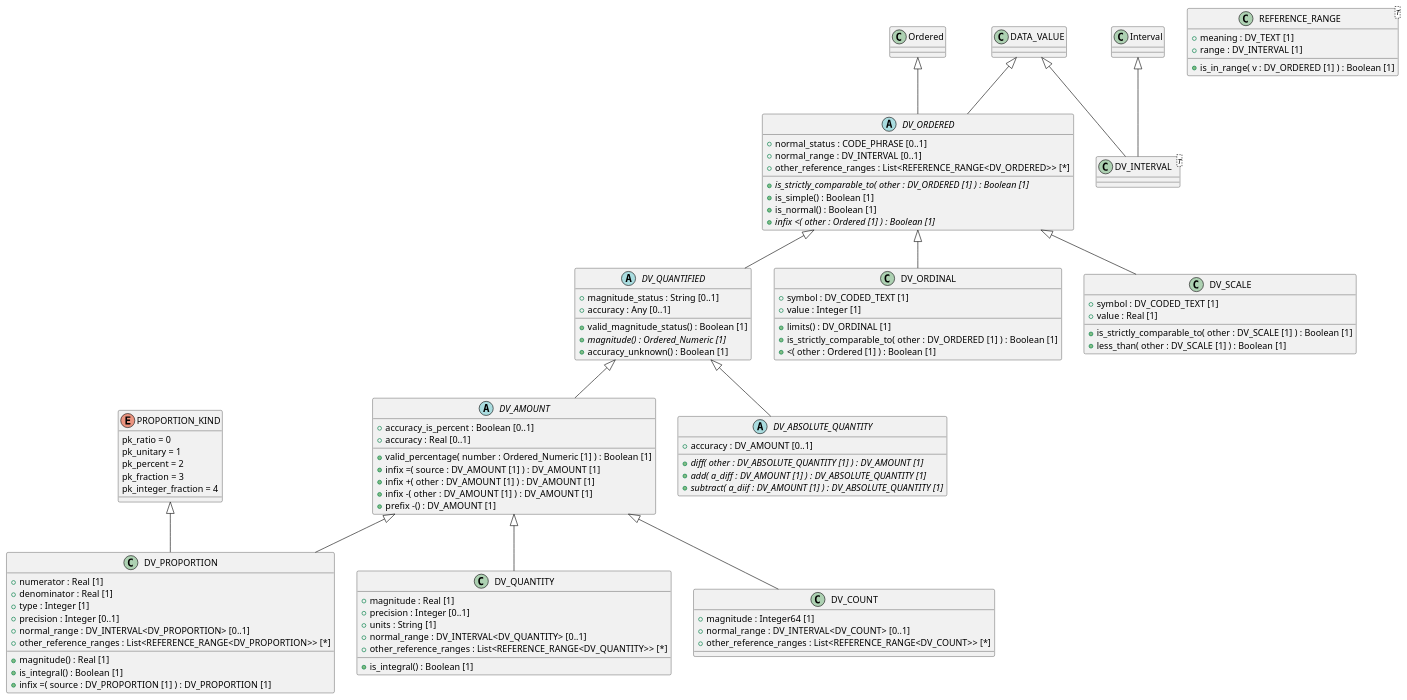
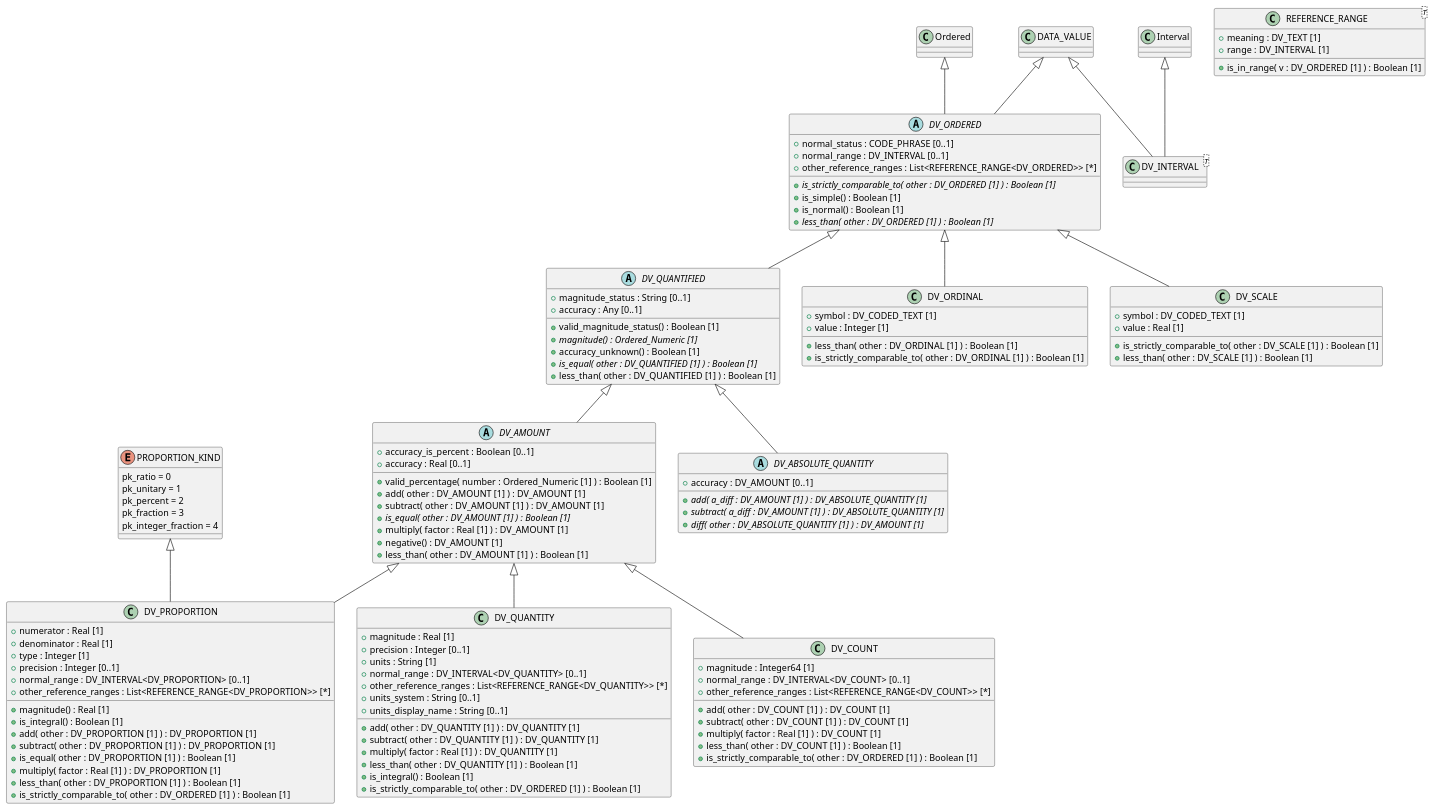
Before and after one commit to sebastian-iancu/code-generator: the diagram in code/Adoc/openehr_rm_1.1.0/plantUML/packages/org.openehr.rm.data_types.quantity.adoc, drawn with PlantUML. The commit also changed 719 other files, not shown here.

```diff
--- a/code/Adoc/openehr_rm_1.1.0/plantUML/packages/org.openehr.rm.data_types.quantity.adoc
+++ b/code/Adoc/openehr_rm_1.1.0/plantUML/packages/org.openehr.rm.data_types.quantity.adoc
@@ -9,7 +9,7 @@
   + {abstract} is_strictly_comparable_to( other : DV_ORDERED [1] ) : Boolean [1]
   + is_simple() : Boolean [1]
   + is_normal() : Boolean [1]
-  + {abstract} infix <( other : Ordered [1] ) : Boolean [1]
+  + {abstract} less_than( other : DV_ORDERED [1] ) : Boolean [1]
 }
 
 class DV_INTERVAL <T> {
@@ -27,6 +27,8 @@
   + valid_magnitude_status() : Boolean [1]
   + {abstract} magnitude() : Ordered_Numeric [1]
   + accuracy_unknown() : Boolean [1]
+  + {abstract} is_equal( other : DV_QUANTIFIED [1] ) : Boolean [1]
+  + less_than( other : DV_QUANTIFIED [1] ) : Boolean [1]
 }
 
 class DV_PROPORTION {
@@ -38,7 +40,12 @@
   + other_reference_ranges : List<REFERENCE_RANGE<DV_PROPORTION>> [*]
   + magnitude() : Real [1]
   + is_integral() : Boolean [1]
-  + infix =( source : DV_PROPORTION [1] ) : DV_PROPORTION [1]
+  + add( other : DV_PROPORTION [1] ) : DV_PROPORTION [1]
+  + subtract( other : DV_PROPORTION [1] ) : DV_PROPORTION [1]
+  + is_equal( other : DV_PROPORTION [1] ) : Boolean [1]
+  + multiply( factor : Real [1] ) : DV_PROPORTION [1]
+  + less_than( other : DV_PROPORTION [1] ) : Boolean [1]
+  + is_strictly_comparable_to( other : DV_ORDERED [1] ) : Boolean [1]
 }
 
 enum PROPORTION_KIND {
@@ -53,10 +60,12 @@
   + accuracy_is_percent : Boolean [0..1]
   + accuracy : Real [0..1]
   + valid_percentage( number : Ordered_Numeric [1] ) : Boolean [1]
-  + infix =( source : DV_AMOUNT [1] ) : DV_AMOUNT [1]
-  + infix +( other : DV_AMOUNT [1] ) : DV_AMOUNT [1]
-  + infix -( other : DV_AMOUNT [1] ) : DV_AMOUNT [1]
-  + prefix -() : DV_AMOUNT [1]
+  + add( other : DV_AMOUNT [1] ) : DV_AMOUNT [1]
+  + subtract( other : DV_AMOUNT [1] ) : DV_AMOUNT [1]
+  + {abstract} is_equal( other : DV_AMOUNT [1] ) : Boolean [1]
+  + multiply( factor : Real [1] ) : DV_AMOUNT [1]
+  + negative() : DV_AMOUNT [1]
+  + less_than( other : DV_AMOUNT [1] ) : Boolean [1]
 }
 
 class DV_QUANTITY {
@@ -65,28 +74,39 @@
   + units : String [1]
   + normal_range : DV_INTERVAL<DV_QUANTITY> [0..1]
   + other_reference_ranges : List<REFERENCE_RANGE<DV_QUANTITY>> [*]
+  + units_system : String [0..1]
+  + units_display_name : String [0..1]
+  + add( other : DV_QUANTITY [1] ) : DV_QUANTITY [1]
+  + subtract( other : DV_QUANTITY [1] ) : DV_QUANTITY [1]
+  + multiply( factor : Real [1] ) : DV_QUANTITY [1]
+  + less_than( other : DV_QUANTITY [1] ) : Boolean [1]
   + is_integral() : Boolean [1]
+  + is_strictly_comparable_to( other : DV_ORDERED [1] ) : Boolean [1]
 }
 
 class DV_COUNT {
   + magnitude : Integer64 [1]
   + normal_range : DV_INTERVAL<DV_COUNT> [0..1]
   + other_reference_ranges : List<REFERENCE_RANGE<DV_COUNT>> [*]
+  + add( other : DV_COUNT [1] ) : DV_COUNT [1]
+  + subtract( other : DV_COUNT [1] ) : DV_COUNT [1]
+  + multiply( factor : Real [1] ) : DV_COUNT [1]
+  + less_than( other : DV_COUNT [1] ) : Boolean [1]
+  + is_strictly_comparable_to( other : DV_ORDERED [1] ) : Boolean [1]
 }
 
 abstract class DV_ABSOLUTE_QUANTITY {
   + accuracy : DV_AMOUNT [0..1]
+  + {abstract} add( a_diff : DV_AMOUNT [1] ) : DV_ABSOLUTE_QUANTITY [1]
+  + {abstract} subtract( a_diff : DV_AMOUNT [1] ) : DV_ABSOLUTE_QUANTITY [1]
   + {abstract} diff( other : DV_ABSOLUTE_QUANTITY [1] ) : DV_AMOUNT [1]
-  + {abstract} add( a_diff : DV_AMOUNT [1] ) : DV_ABSOLUTE_QUANTITY [1]
-  + {abstract} subtract( a_diif : DV_AMOUNT [1] ) : DV_ABSOLUTE_QUANTITY [1]
 }
 
 class DV_ORDINAL {
   + symbol : DV_CODED_TEXT [1]
   + value : Integer [1]
-  + limits() : DV_ORDINAL [1]
-  + is_strictly_comparable_to( other : DV_ORDERED [1] ) : Boolean [1]
-  + <( other : Ordered [1] ) : Boolean [1]
+  + less_than( other : DV_ORDINAL [1] ) : Boolean [1]
+  + is_strictly_comparable_to( other : DV_ORDINAL [1] ) : Boolean [1]
 }
 
 class DV_SCALE {
```
